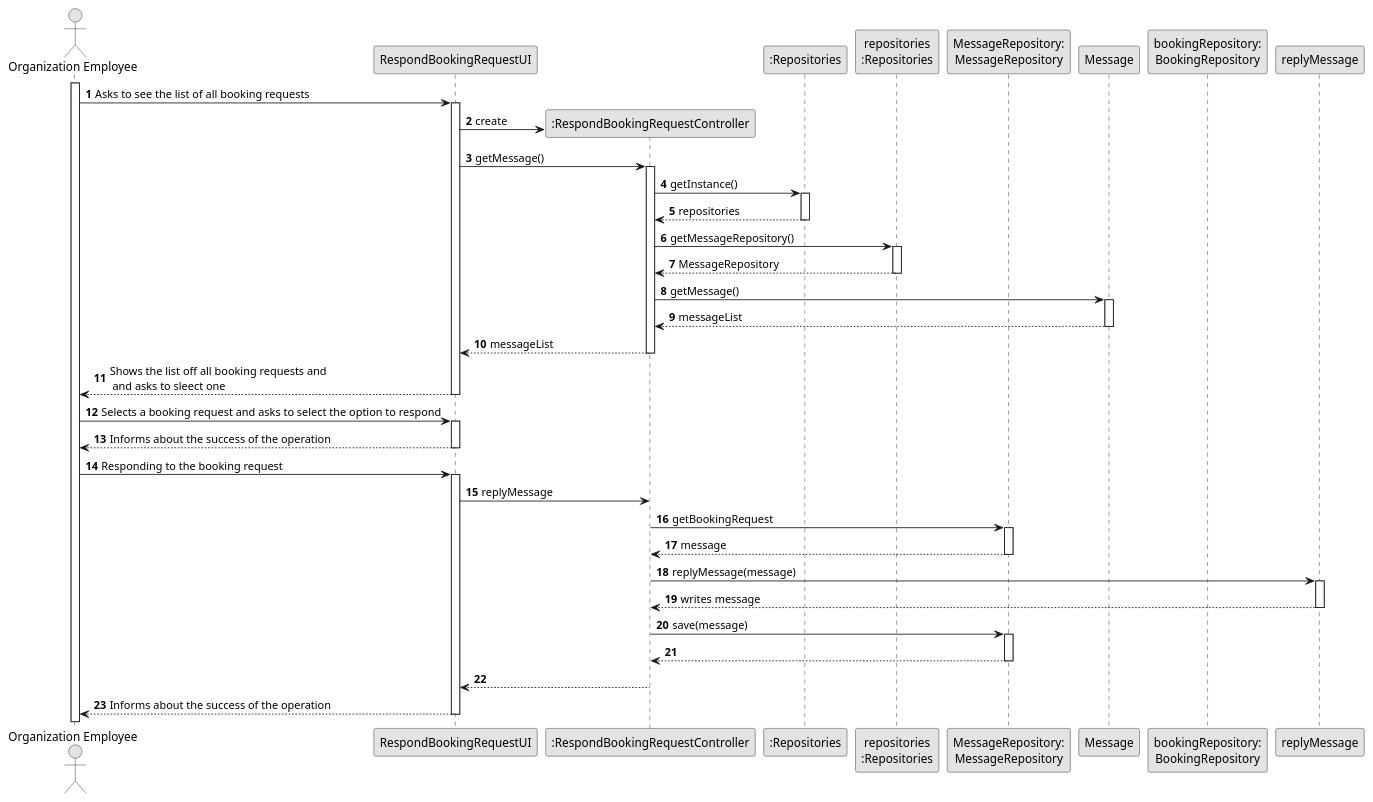
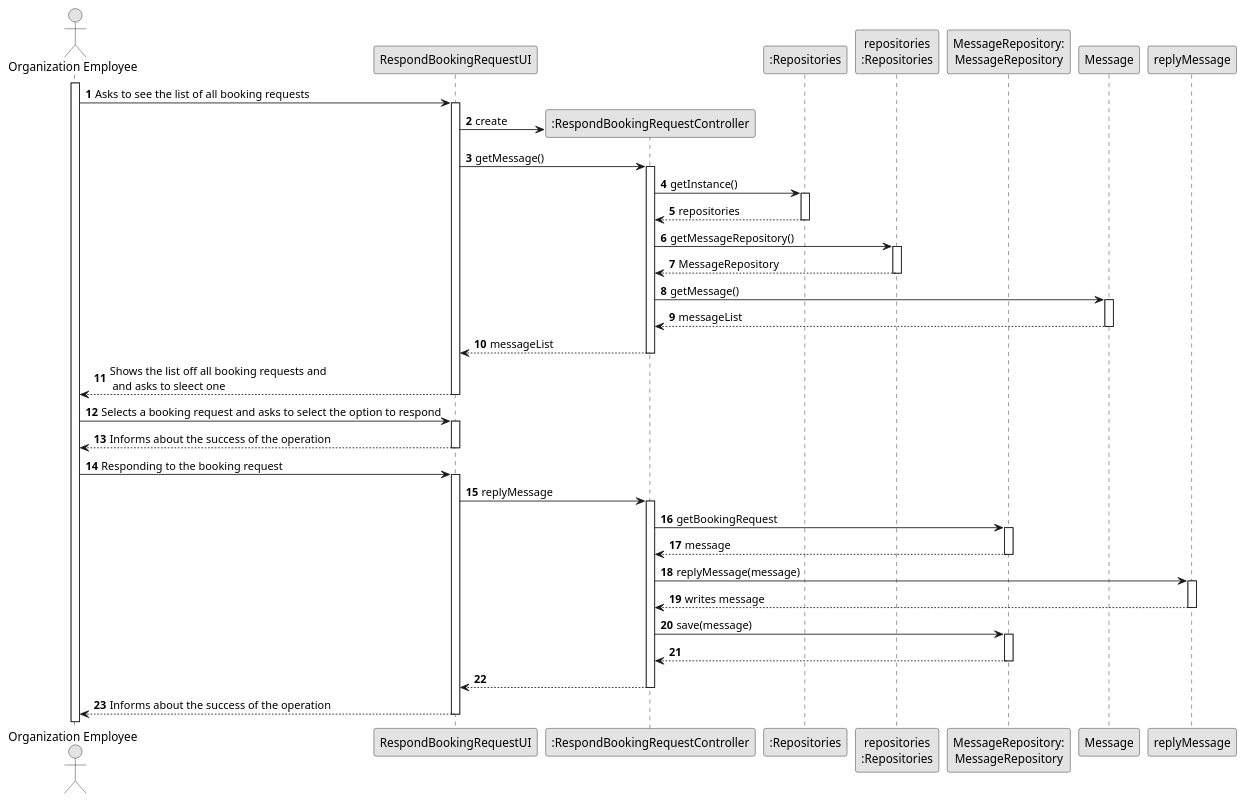
The diagram in docs/sprintD/us016/03.design/puml/us016-sequence-diagram-full.puml (1220812/LAPR2), drawn with PlantUML before and after one commit. The commit also changed 1 other file, not shown here.

```diff
--- a/docs/sprintD/us016/03.design/puml/us016-sequence-diagram-full.puml
+++ b/docs/sprintD/us016/03.design/puml/us016-sequence-diagram-full.puml
@@ -1,105 +1,105 @@
 @startuml
 skinparam monochrome true
 skinparam packageStyle rectangle
 skinparam shadowing false
 
 autonumber
 
 'hide footbox
 actor "Organization Employee" as ADM
 participant "RespondBookingRequestUI" as UI
 participant ":RespondBookingRequestController" as CTRL
 participant ":Repositories" as RepositorySingleton
 participant "repositories\n:Repositories" as PLAT
 participant "MessageRepository:\nMessageRepository" as MessageRepository
 participant "Message" as Message
-participant "bookingRepository:\nBookingRepository" as BookingRepository
 
 activate ADM
 
         ADM -> UI : Asks to see the list of all booking requests
 
         activate UI
 
 '            UI --> ADM : requests data (reference, description,  informal \n description, technical description, duration, cost)
             'create CTRL
             UI -> CTRL** : create
 
             UI -> CTRL : getMessage()
             activate CTRL
 
                 CTRL -> RepositorySingleton : getInstance()
                 activate RepositorySingleton
 
                     RepositorySingleton --> CTRL: repositories
                 deactivate RepositorySingleton
 
                 CTRL -> PLAT : getMessageRepository()
                 activate PLAT
 
                     PLAT --> CTRL: MessageRepository
                 deactivate PLAT
 
                 CTRL -> Message : getMessage()
                 activate Message
 
                    Message --> CTRL : messageList
                 deactivate Message
 
                 CTRL --> UI : messageList
             deactivate CTRL
 
             UI --> ADM : Shows the list off all booking requests and \n and asks to sleect one
         deactivate UI
 
     ADM -> UI : Selects a booking request and asks to select the option to respond
     activate UI
 
 
     UI --> ADM : Informs about the success of the operation
 
     deactivate UI
 
 
     ADM -> UI : Responding to the booking request
     activate UI
 
 
        UI -> CTRL : replyMessage
+       activate CTRL
 
       CTRL -> MessageRepository: getBookingRequest
 
        activate MessageRepository
 
        MessageRepository --> CTRL : message
 
        deactivate MessageRepository
 
 
     CTRL -> replyMessage : replyMessage(message)
 
     activate replyMessage
 
     replyMessage --> CTRL : writes message
 
     deactivate replyMessage
 
 
     CTRL -> MessageRepository : save(message)
 
     activate MessageRepository
 
     MessageRepository --> CTRL :
 
     deactivate MessageRepository
 
     CTRL --> UI:
 
     deactivate CTRL
 
     UI --> ADM : Informs about the success of the operation
 
     deactivate UI
 
 
 @enduml
```
